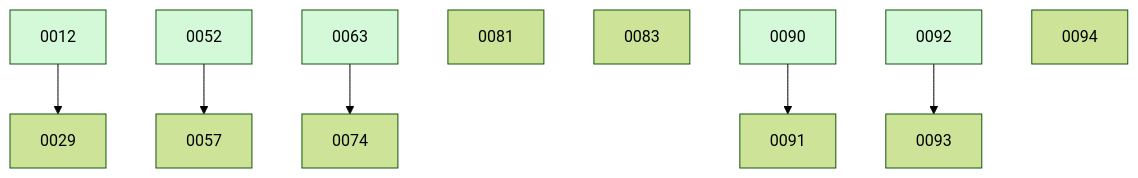
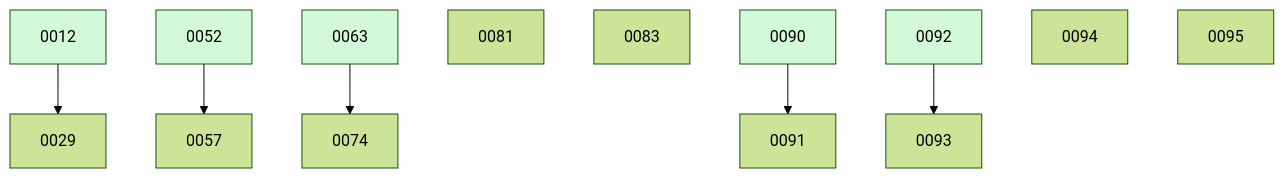
Before and after one commit to ethanhinson/fuse: the diagram in docs/changes/BOARD.md, drawn with Mermaid (forest theme). The commit also changed other lines of this file and 1 other file, not shown here.

````diff
--- a/docs/changes/BOARD.md
+++ b/docs/changes/BOARD.md
@@ -33,17 +34,18 @@
 ```mermaid
 graph TD
   0012 --> 0029
   0052 --> 0057
   0063 --> 0074
   0081
   0083
   0090 --> 0091
   0092 --> 0093
   0094
+  0095
   0012:::done
   0052:::done
   0063:::done
   0090:::done
   0092:::done
   classDef done fill:#d3f9d8;
 ```
````
